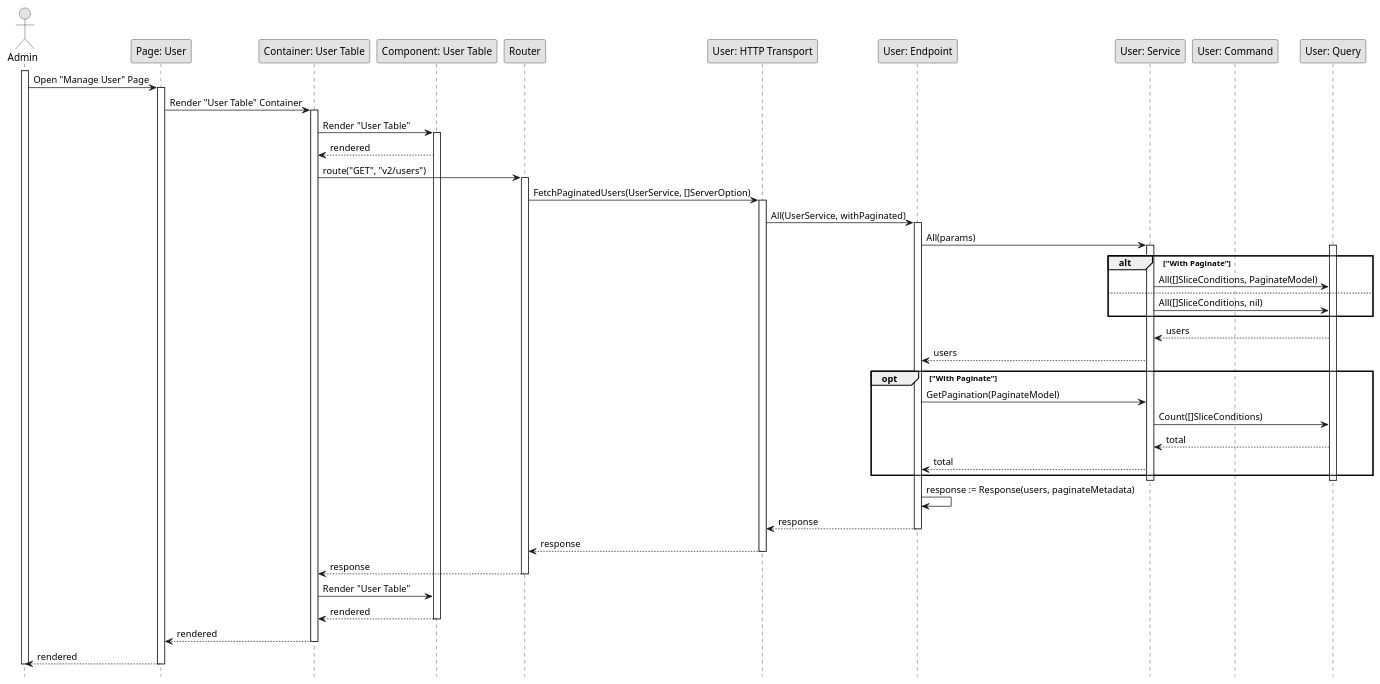
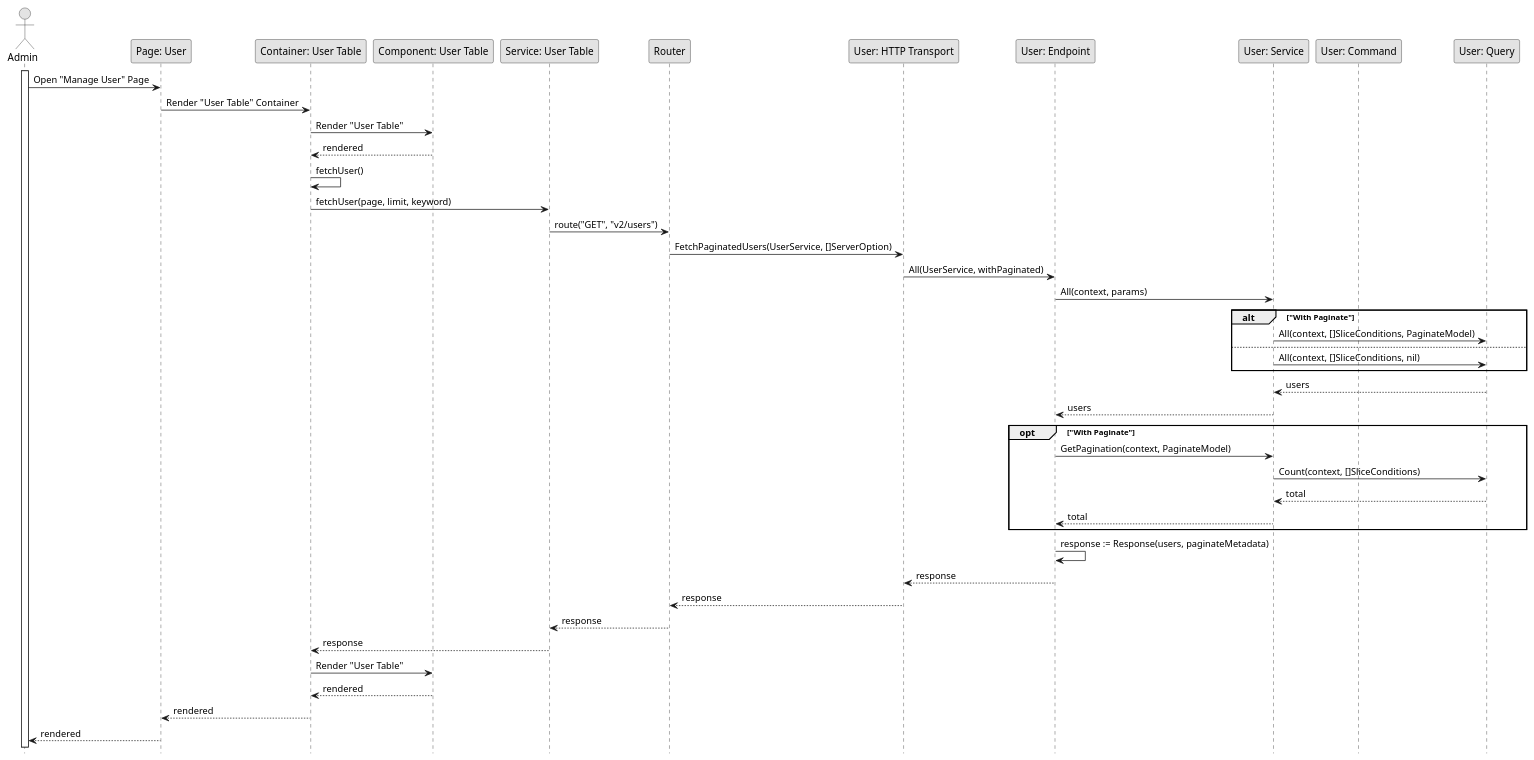
Before and after one commit to fwidjaya20/fazzlearning-uml: the diagram in Sequence/Release01/GetUser.wsd, drawn with PlantUML. The commit also changed 38 other files, not shown here.

Commit message:
fix(sequence): fix invalid sequence flow

```diff
--- a/Sequence/Release01/GetUser.wsd
+++ b/Sequence/Release01/GetUser.wsd
@@ -1,71 +1,58 @@
 @startuml DeleteUser
 
 skinparam Monochrome true
 skinparam Shadowing false
 hide footbox
 
 actor Admin
 participant "Page: User" as UserPage
 participant "Container: User Table" as UserTableContainer
 participant "Component: User Table" as UserTable
+participant "Service: User Table" as FEUserService
 participant "Router" as Router
 participant "User: HTTP Transport" as UserHTTPTransport
 participant "User: Endpoint" as UserEndpoint
 participant "User: Service" as UserService
 participant "User: Command" as UserCommand
 participant "User: Query" as UserQuery
 
 activate Admin
 
 Admin->UserPage: Open "Manage User" Page
-activate UserPage
 UserPage->UserTableContainer: Render "User Table" Container
-activate UserTableContainer
 UserTableContainer->UserTable: Render "User Table"
-activate UserTable
 UserTable-->UserTableContainer: rendered
-UserTableContainer->Router: route("GET", "v2/users")
-activate Router
+UserTableContainer->UserTableContainer: fetchUser()
+UserTableContainer->FEUserService: fetchUser(page, limit, keyword)
+FEUserService->Router: route("GET", "v2/users")
 Router->UserHTTPTransport: FetchPaginatedUsers(UserService, []ServerOption)
-activate UserHTTPTransport
 UserHTTPTransport->UserEndpoint: All(UserService, withPaginated)
-activate UserEndpoint
-UserEndpoint->UserService: All(params)
+UserEndpoint->UserService: All(context, params)
 
-activate UserService
-activate UserQuery
 alt "With Paginate"
-    UserService->UserQuery: All([]SliceConditions, PaginateModel)
+    UserService->UserQuery: All(context, []SliceConditions, PaginateModel)
 else
-    UserService->UserQuery: All([]SliceConditions, nil)
+    UserService->UserQuery: All(context, []SliceConditions, nil)
 end
+
 UserQuery-->UserService: users
 UserService-->UserEndpoint: users
 
 opt "With Paginate"
-    UserEndpoint->UserService: GetPagination(PaginateModel)
-    UserService->UserQuery: Count([]SliceConditions)
+    UserEndpoint->UserService: GetPagination(context, PaginateModel)
+    UserService->UserQuery: Count(context, []SliceConditions)
     UserQuery-->UserService: total
     UserService-->UserEndpoint: total
 end
-deactivate UserQuery
-deactivate UserService
 
 UserEndpoint->UserEndpoint: response := Response(users, paginateMetadata)
 UserEndpoint-->UserHTTPTransport: response
-deactivate UserEndpoint
 UserHTTPTransport-->Router: response
-deactivate UserHTTPTransport
-Router-->UserTableContainer: response
-deactivate Router
+Router-->FEUserService: response
+FEUserService-->UserTableContainer: response
 UserTableContainer->UserTable: Render "User Table"
 UserTable-->UserTableContainer: rendered
-deactivate UserTable
 UserTableContainer-->UserPage: rendered
-deactivate UserTableContainer
 UserPage-->Admin: rendered
-deactivate UserPage
-
-deactivate Admin
 
 @enduml
```
